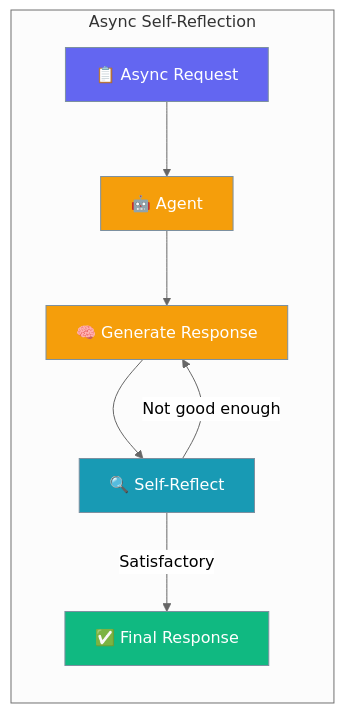
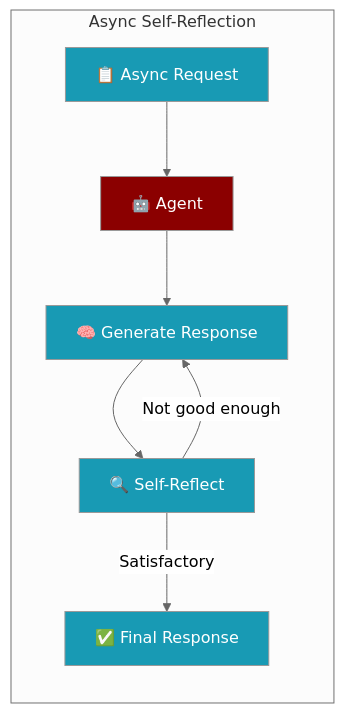
One commit to MervinPraison/PraisonAIDocs changed the first of 2 diagrams in docs/features/async-self-reflection.mdx. Above: the diagram before and after it, drawn with Mermaid (neutral theme). The commit also changed 24 other files, not shown here.

````diff
--- a/docs/features/async-self-reflection.mdx
+++ b/docs/features/async-self-reflection.mdx
@@ -10,20 +10,16 @@
 ```mermaid
 graph LR
     subgraph "Async Self-Reflection"
         Input[📋 Async Request] --> Agent[🤖 Agent]
         Agent --> Generate[🧠 Generate Response]
         Generate --> Reflect[🔍 Self-Reflect]
         Reflect -->|"Not good enough"| Generate
         Reflect -->|"Satisfactory"| Output[✅ Final Response]
     end
     
-    classDef input fill:#6366F1,stroke:#7C90A0,color:#fff
-    classDef process fill:#F59E0B,stroke:#7C90A0,color:#fff
-    classDef validation fill:#189AB4,stroke:#7C90A0,color:#fff
-    classDef output fill:#10B981,stroke:#7C90A0,color:#fff
+    classDef agent fill:#8B0000,color:#fff
+    classDef tool fill:#189AB4,color:#fff
     
-    class Input input
-    class Agent,Generate process
-    class Reflect validation
-    class Output output
+    class Agent agent
+    class Input,Generate,Reflect,Output tool
 ```
````
